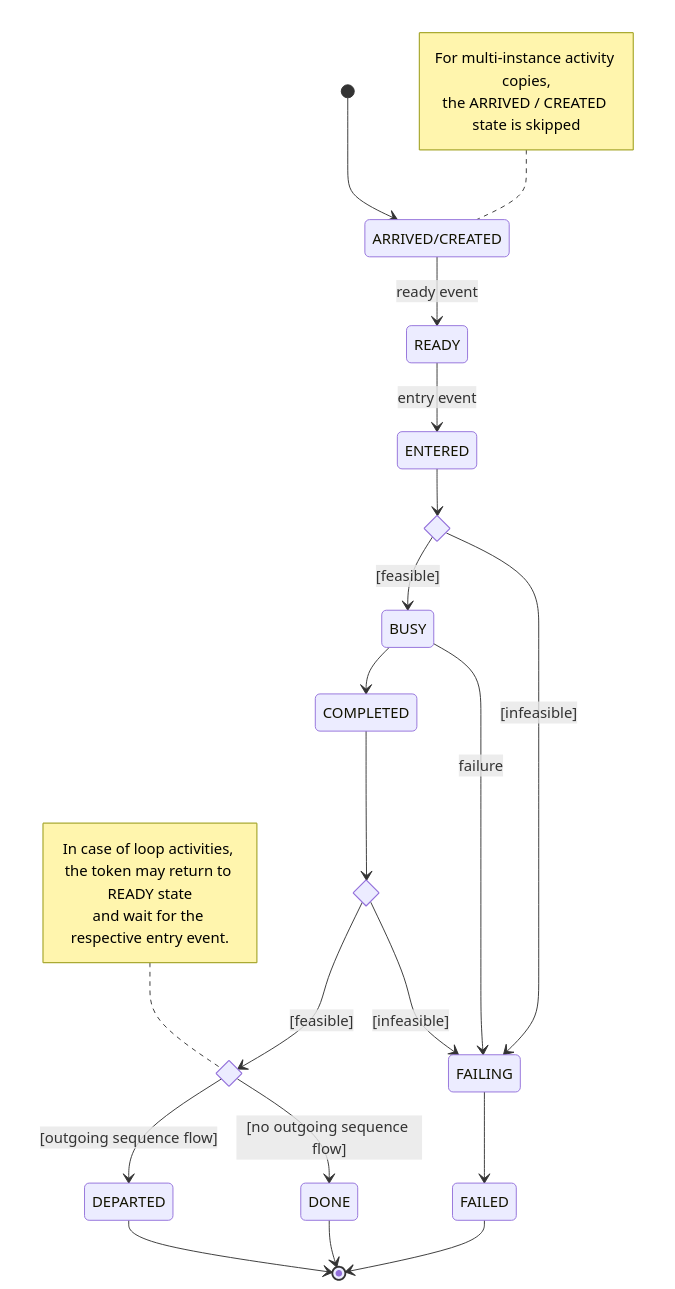
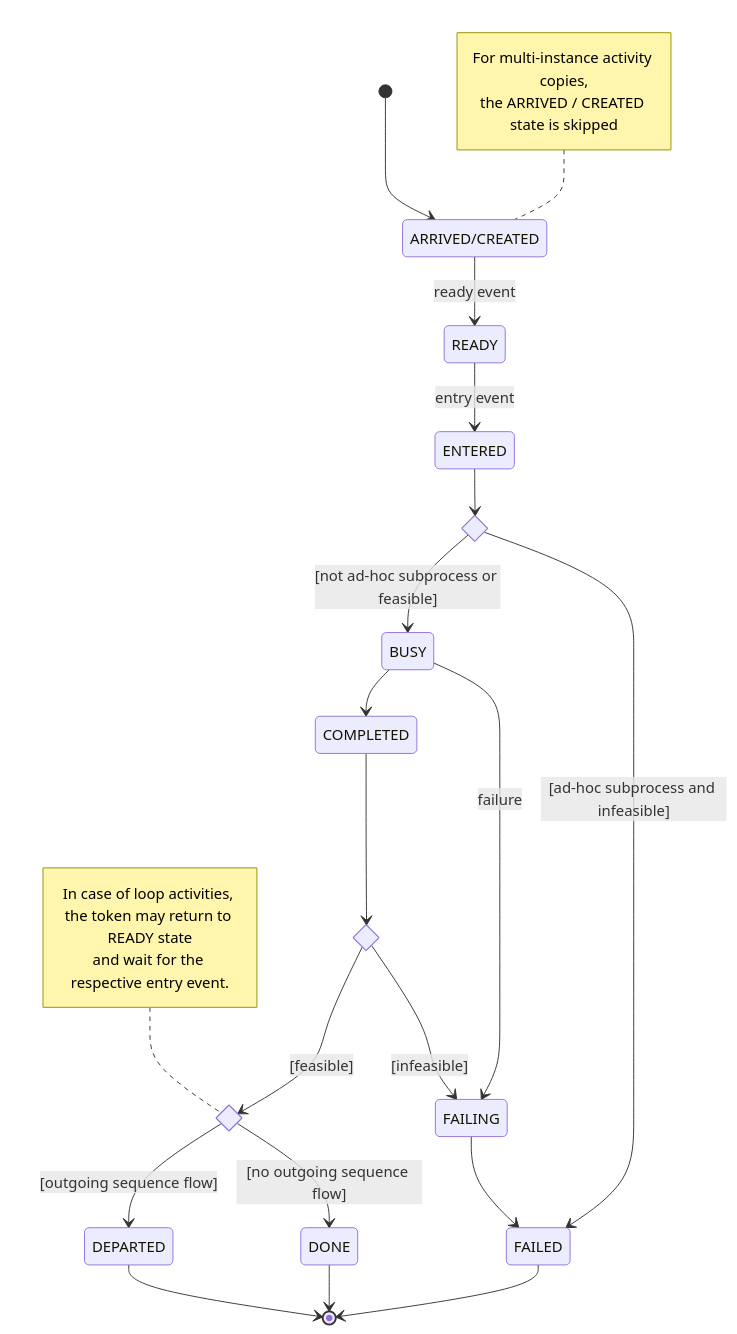
The diagram in docs/md/logic/token_flow_logic_subprocesses.md (bpmn-os/bpmnos-engine), drawn with Mermaid before and after one commit. The commit also changed other lines of this file and 15 other files, not shown here.

```diff
--- a/docs/md/logic/token_flow_logic_subprocesses.md
+++ b/docs/md/logic/token_flow_logic_subprocesses.md
@@ -13,31 +13,31 @@
 <pre class="mermaid">
 stateDiagram-v2
     state feasibleEntry <<choice>>
     state feasibleCompletion <<choice>>
     state departure <<choice>>
     [*] --> ARRIVED/CREATED
     note left of ARRIVED/CREATED
       For multi-instance activity copies,
       the ARRIVED / CREATED state is skipped
     end note
     ARRIVED/CREATED --> READY: ready event
     READY --> ENTERED: entry event
     ENTERED --> feasibleEntry
-    feasibleEntry --> BUSY: [feasible]
-    feasibleEntry --> FAILING: [infeasible]
+    feasibleEntry --> BUSY: [not ad-hoc subprocess or feasible]
+    feasibleEntry --> FAILED: [ad-hoc subprocess and infeasible]
     BUSY --> COMPLETED
     BUSY --> FAILING: failure
     COMPLETED --> feasibleCompletion
     feasibleCompletion --> departure: [feasible]
     note left of departure
       In case of loop activities, the token may return to READY state
       and wait for the respective entry event.
     end note
     feasibleCompletion --> FAILING: [infeasible]
     departure --> DEPARTED: [outgoing sequence flow]
     departure --> DONE: [no outgoing sequence flow]
     DEPARTED --> [*]
     DONE --> [*]
     FAILING --> FAILED
     FAILED --> [*]
 </pre>
```
